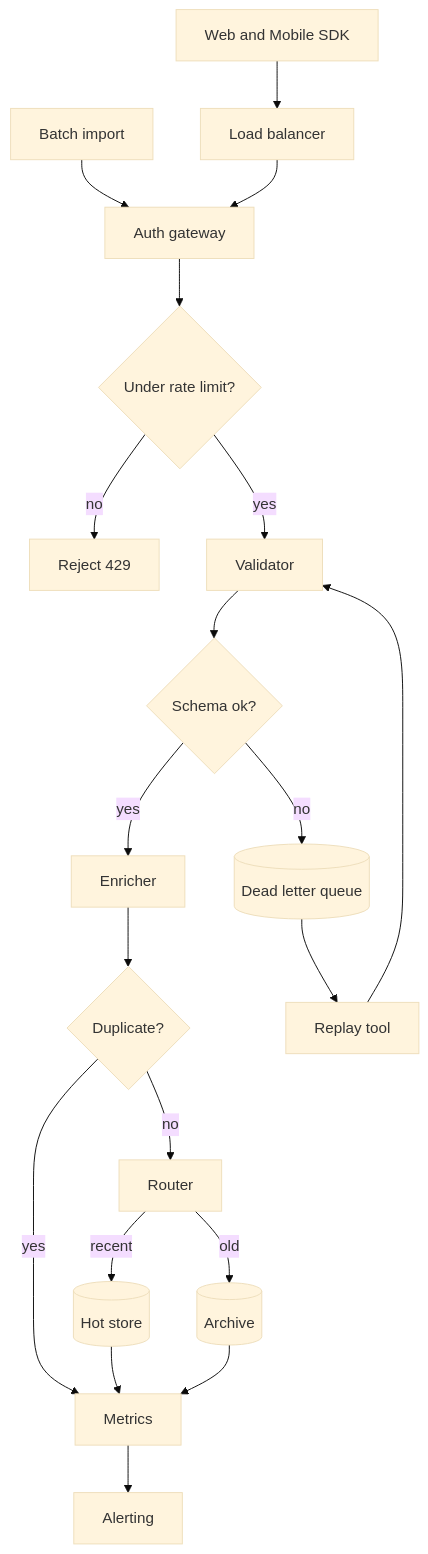
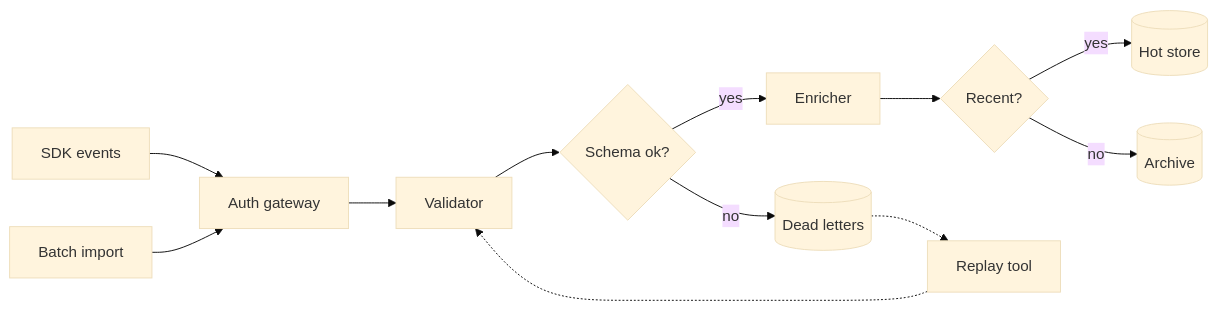
Before and after one commit to minchenlee/rmdv: the diagram in demo/showcase/ingest-pipeline.md, drawn with Mermaid (base theme). The commit also changed other lines of this file and 5 other files, not shown here.

Commit message:
demo: record scripts need no key automation; LR pipeline diagram; storyboard retake

````diff
--- a/demo/showcase/ingest-pipeline.md
+++ b/demo/showcase/ingest-pipeline.md
@@ -14,22 +14,14 @@
 ```mermaid
-flowchart TB
-    SDK[Web and Mobile SDK] --> LB[Load balancer]
+flowchart LR
+    SDK[SDK events] --> AUTH[Auth gateway]
     BATCH[Batch import] --> AUTH
-    LB --> AUTH[Auth gateway]
-    AUTH --> RATE{Under rate limit?}
-    RATE -- no --> REJ[Reject 429]
-    RATE -- yes --> VAL[Validator]
-    VAL --> SCHEMA{Schema ok?}
-    SCHEMA -- no --> DLQ[(Dead letter queue)]
-    SCHEMA -- yes --> ENR[Enricher]
-    ENR --> DEDUP{Duplicate?}
-    DEDUP -- yes --> MET[Metrics]
-    DEDUP -- no --> ROUTE[Router]
-    ROUTE -- recent --> HOT[(Hot store)]
-    ROUTE -- old --> ARC[(Archive)]
-    DLQ --> REPLAY[Replay tool]
-    REPLAY --> VAL
-    HOT --> MET
-    ARC --> MET
-    MET --> ALERT[Alerting]
+    AUTH --> VAL[Validator]
+    VAL --> OK{Schema ok?}
+    OK -- no --> DLQ[(Dead letters)]
+    OK -- yes --> ENR[Enricher]
+    ENR --> ROUTE{Recent?}
+    ROUTE -- yes --> HOT[(Hot store)]
+    ROUTE -- no --> ARC[(Archive)]
+    DLQ -.-> REPLAY[Replay tool]
+    REPLAY -.-> VAL
 ```
````
